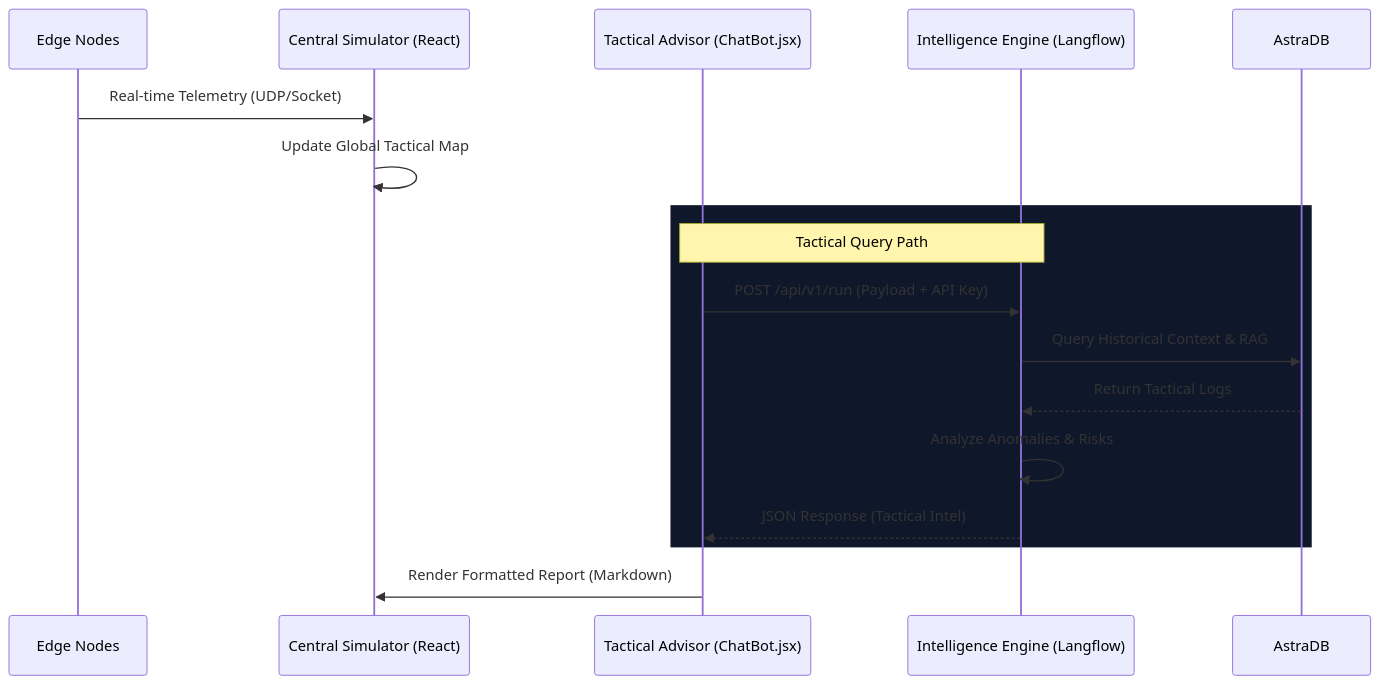
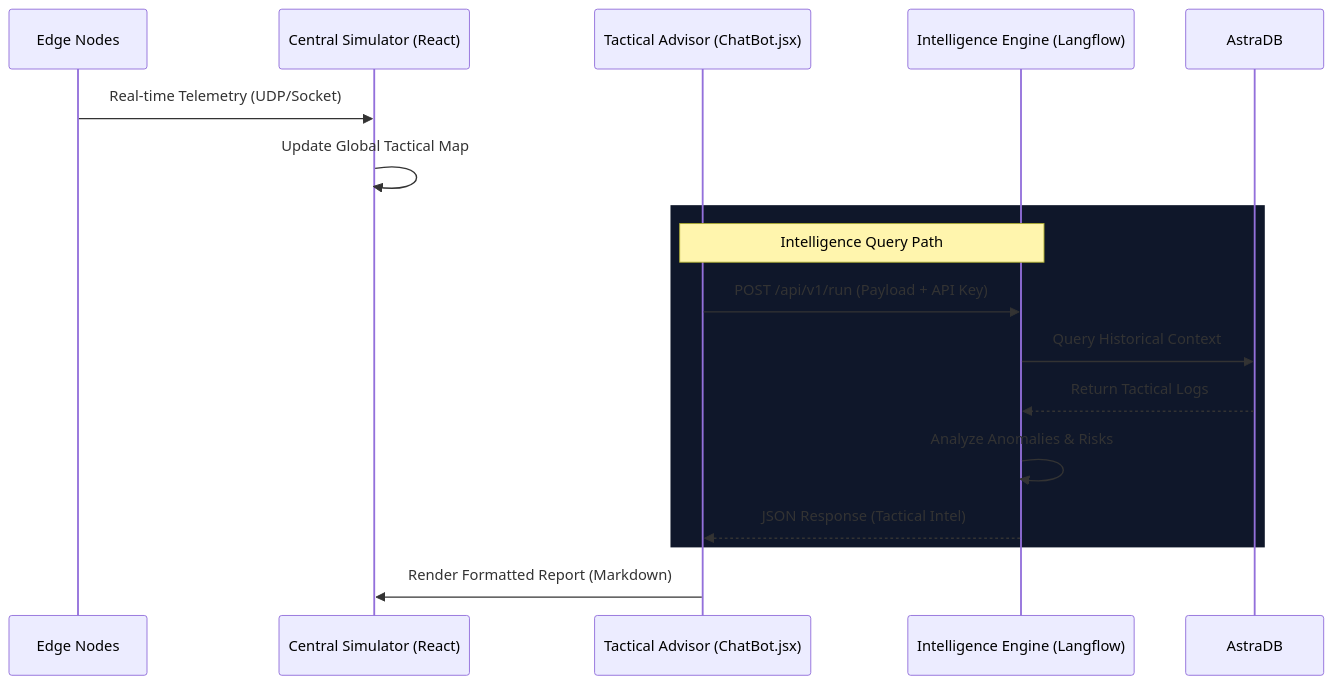
One commit to dambor/aecc-sim changed the second of 2 diagrams in README.md. Above: the diagram before and after it, drawn with Mermaid. The commit also changed other lines of this file, not shown here.

Commit message:
docs: refine README architecture diagrams (LR flow) and remove vector terminology

````diff
--- a/README.md
+++ b/README.md
@@ -40,22 +42,22 @@
 ```mermaid
 sequenceDiagram
     participant Edge as Edge Nodes
     participant Central as Central Simulator (React)
     participant Agent as Tactical Advisor (ChatBot.jsx)
     participant Intel as Intelligence Engine (Langflow)
     participant DB as AstraDB
 
     Edge->>Central: Real-time Telemetry (UDP/Socket)
     Central->>Central: Update Global Tactical Map
     
     rect rgb(15, 23, 42)
-        Note over Agent, Intel: Tactical Query Path
+        Note over Agent, Intel: Intelligence Query Path
         Agent->>Intel: POST /api/v1/run (Payload + API Key)
-        Intel->>DB: Query Historical Context & RAG
+        Intel->>DB: Query Historical Context
         DB-->>Intel: Return Tactical Logs
         Intel->>Intel: Analyze Anomalies & Risks
         Intel-->>Agent: JSON Response (Tactical Intel)
     end
 
     Agent->>Central: Render Formatted Report (Markdown)
 ```
````
